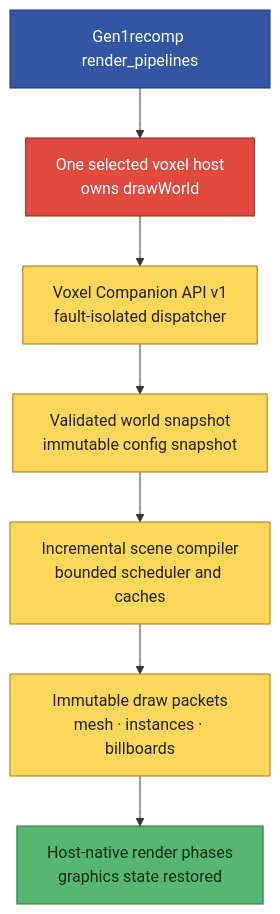
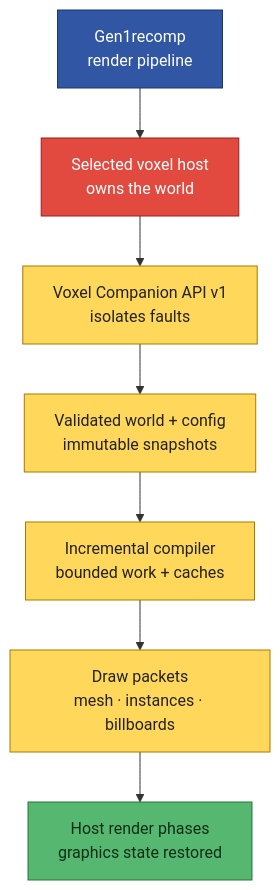
Before and after one commit to BoLayerDev/kanto-first-person: the first of 2 diagrams in README.md, drawn with Mermaid. The commit also changed other lines of this file, not shown here.

````diff
--- a/README.md
+++ b/README.md
@@ -202,18 +150,18 @@
 ```mermaid
 flowchart TD
-    E["Gen1recomp render_pipelines"] --> H["One selected voxel host<br/>owns drawWorld"]
-    H --> A["Voxel Companion API v1<br/>fault-isolated dispatcher"]
-    A --> S["Validated world snapshot<br/>immutable config snapshot"]
-    S --> C["Incremental scene compiler<br/>bounded scheduler and caches"]
-    C --> P["Immutable draw packets<br/>mesh · instances · billboards"]
-    P --> R["Host-native render phases<br/>graphics state restored"]
+    E["Gen1recomp<br/>render pipeline"] --> H["Selected voxel host<br/>owns the world"]
+    H --> A["Voxel Companion API v1<br/>isolates faults"]
+    A --> S["Validated world + config<br/>immutable snapshots"]
+    S --> C["Incremental compiler<br/>bounded work + caches"]
+    C --> P["Draw packets<br/>mesh · instances · billboards"]
+    P --> R["Host render phases<br/>graphics state restored"]
 
-    classDef engine fill:#3157a4,color:#fff,stroke:#18356f;
-    classDef host fill:#e2493f,color:#fff,stroke:#90231d;
-    classDef kfp fill:#ffd75a,color:#222,stroke:#a77a00;
-    classDef safe fill:#56b870,color:#102d18,stroke:#26753b;
-    class E engine;
-    class H host;
-    class A,S,C,P kfp;
-    class R safe;
+    classDef red fill:#e2493f,color:#fff,stroke:#90231d;
+    classDef blue fill:#3157a4,color:#fff,stroke:#18356f;
+    classDef yellow fill:#ffd75a,color:#222,stroke:#a77a00;
+    classDef green fill:#56b870,color:#102d18,stroke:#26753b;
+    class E blue;
+    class H red;
+    class A,S,C,P yellow;
+    class R green;
 ```
````
